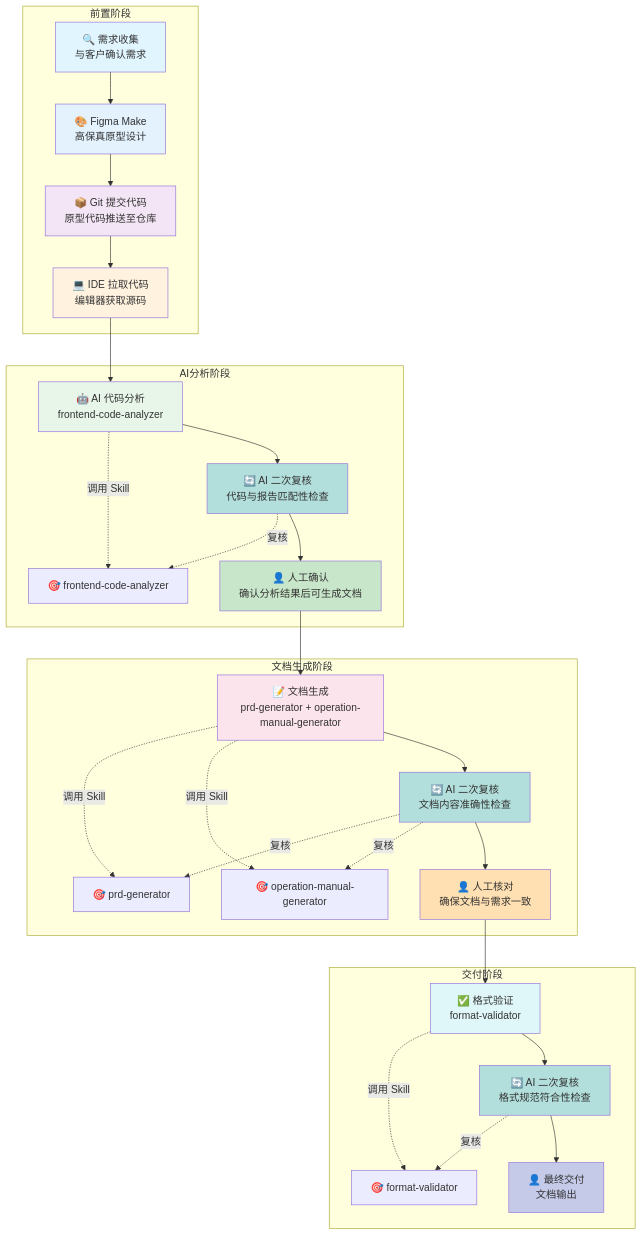
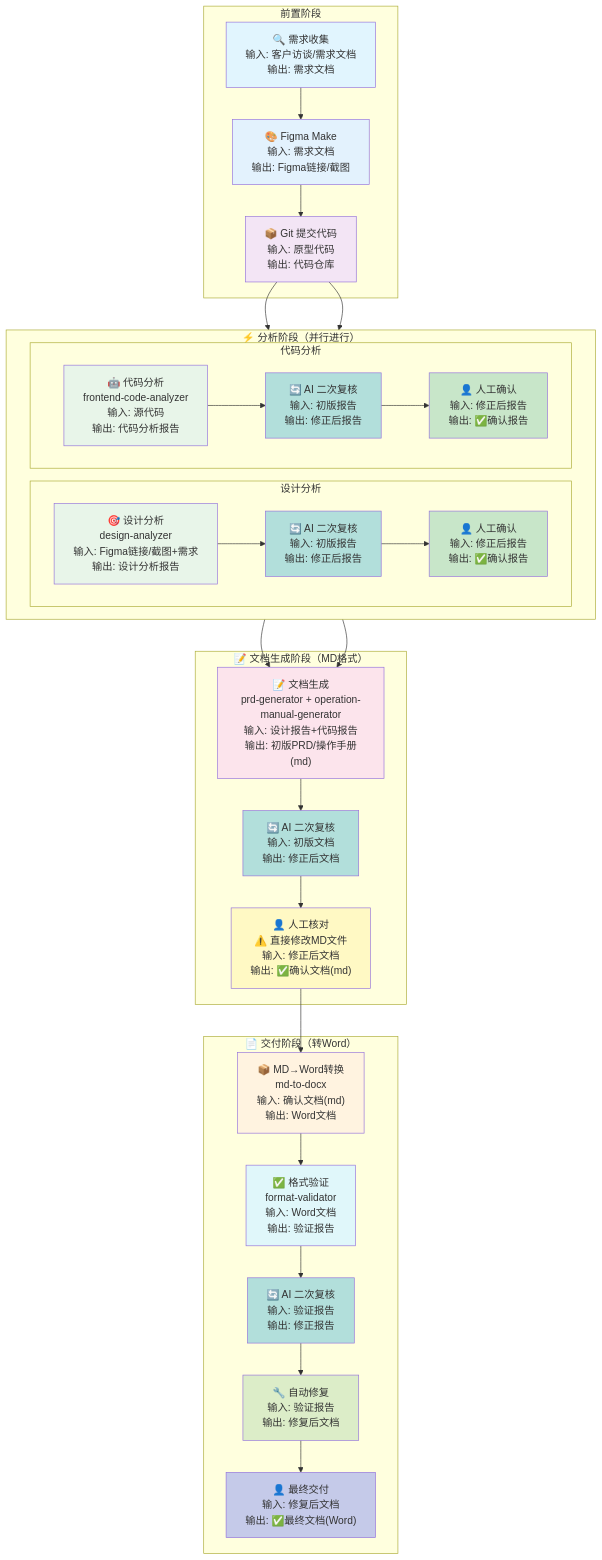
One commit to Evanxli111/PM-workflow changed the diagram in 文档模板/Skill/workflow-diagram.md. Above: the diagram before and after it, drawn with Mermaid. The commit also changed other lines of this file and 7 other files, not shown here.

````diff
--- a/文档模板/Skill/workflow-diagram.md
+++ b/文档模板/Skill/workflow-diagram.md
@@ -5,66 +5,68 @@
 ```mermaid
 flowchart TB
     subgraph 前置阶段
-        A["🔍 需求收集<br/>与客户确认需求"]
-        B["🎨 Figma Make<br/>高保真原型设计"]
-        C["📦 Git 提交代码<br/>原型代码推送至仓库"]
-        D["💻 IDE 拉取代码<br/>编辑器获取源码"]
+        A["🔍 需求收集<br/>输入: 客户访谈/需求文档<br/>输出: 需求文档"]
+        B["🎨 Figma Make<br/>输入: 需求文档<br/>输出: Figma链接/截图"]
+        C["📦 Git 提交代码<br/>输入: 原型代码<br/>输出: 代码仓库"]
     end
 
-    subgraph AI分析阶段
-        E["🤖 AI 代码分析<br/>frontend-code-analyzer"]
-        E2["🔄 AI 二次复核<br/>代码与报告匹配性检查"]
-        F["👤 人工确认<br/>确认分析结果后可生成文档"]
-        S1["🎯 frontend-code-analyzer"]
+    subgraph 分析阶段["⚡ 分析阶段（并行进行）"]
+        direction LR
+        subgraph 设计分析
+            E["🎯 设计分析<br/>design-analyzer<br/>输入: Figma链接/截图+需求<br/>输出: 设计分析报告"]
+            E2["🔄 AI 二次复核<br/>输入: 初版报告<br/>输出: 修正后报告"]
+            E3["👤 人工确认<br/>输入: 修正后报告<br/>输出: ✅确认报告"]
+        end
+        subgraph 代码分析
+            F["🤖 代码分析<br/>frontend-code-analyzer<br/>输入: 源代码<br/>输出: 代码分析报告"]
+            F2["🔄 AI 二次复核<br/>输入: 初版报告<br/>输出: 修正后报告"]
+            F3["👤 人工确认<br/>输入: 修正后报告<br/>输出: ✅确认报告"]
+        end
     end
-    E -.->|"调用 Skill"| S1
-    E --> E2
-    E2 -.->|"复核"| S1
 
-    subgraph 文档生成阶段
-        G["📝 文档生成<br/>prd-generator + operation-manual-generator"]
-        G2["🔄 AI 二次复核<br/>文档内容准确性检查"]
-        H["👤 人工核对<br/>确保文档与需求一致"]
-        S2["🎯 prd-generator"]
-        S3["🎯 operation-manual-generator"]
+    subgraph 文档生成阶段["📝 文档生成阶段（MD格式）"]
+        G["📝 文档生成<br/>prd-generator + operation-manual-generator<br/>输入: 设计报告+代码报告<br/>输出: 初版PRD/操作手册(md)"]
+        G2["🔄 AI 二次复核<br/>输入: 初版文档<br/>输出: 修正后文档"]
+        G3["👤 人工核对<br/>⚠️ 直接修改MD文件<br/>输入: 修正后文档<br/>输出: ✅确认文档(md)"]
     end
-    G -.->|"调用 Skill"| S2
-    G -.->|"调用 Skill"| S3
-    G --> G2
-    G2 -.->|"复核"| S2
-    G2 -.->|"复核"| S3
 
-    subgraph 交付阶段
-        I["✅ 格式验证<br/>format-validator"]
-        I2["🔄 AI 二次复核<br/>格式规范符合性检查"]
-        J["👤 最终交付<br/>文档输出"]
-        S4["🎯 format-validator"]
+    subgraph 交付阶段["📄 交付阶段（转Word）"]
+        H["📦 MD→Word转换<br/>md-to-docx<br/>输入: 确认文档(md)<br/>输出: Word文档"]
+        H2["✅ 格式验证<br/>format-validator<br/>输入: Word文档<br/>输出: 验证报告"]
+        H3["🔄 AI 二次复核<br/>输入: 验证报告<br/>输出: 修正报告"]
+        H4["🔧 自动修复<br/>输入: 验证报告<br/>输出: 修复后文档"]
+        H5["👤 最终交付<br/>输入: 修复后文档<br/>输出: ✅最终文档(Word)"]
     end
-    I -.->|"调用 Skill"| S4
-    I --> I2
-    I2 -.->|"复核"| S4
 
     A --> B
     B --> C
-    C --> D
-    D --> E
-    E2 --> F
-    F --> G
-    G2 --> H
-    H --> I
-    I2 --> J
+
+    C --> E
+    C --> F
+    E --> E2 --> E3
+    F --> F2 --> F3
+
+    E3 & F3 --> G
+    G --> G2 --> G3
+
+    G3 --> H
+    H --> H2 --> H3 --> H4 --> H5
 
     style A fill:#e1f5fe
     style B fill:#e3f2fd
     style C fill:#f3e5f5
-    style D fill:#fff3e0
     style E fill:#e8f5e9
     style E2 fill:#b2dfdb
-    style F fill:#c8e6c9
+    style E3 fill:#c8e6c9
+    style F fill:#e8f5e9
+    style F2 fill:#b2dfdb
+    style F3 fill:#c8e6c9
     style G fill:#fce4ec
     style G2 fill:#b2dfdb
-    style H fill:#ffe0b2
-    style I fill:#e0f7fa
-    style I2 fill:#b2dfdb
-    style J fill:#c5cae9
+    style G3 fill:#fff9c4
+    style H fill:#fff3e0
+    style H2 fill:#e0f7fa
+    style H3 fill:#b2dfdb
+    style H4 fill:#dcedc8
+    style H5 fill:#c5cae9
 ```
````
